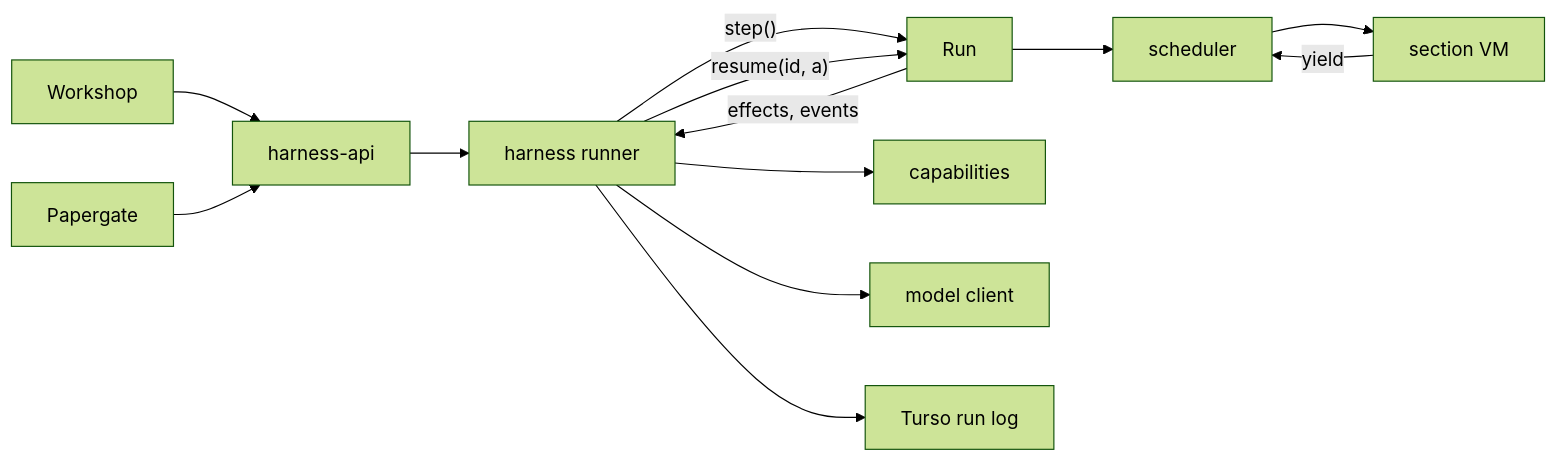
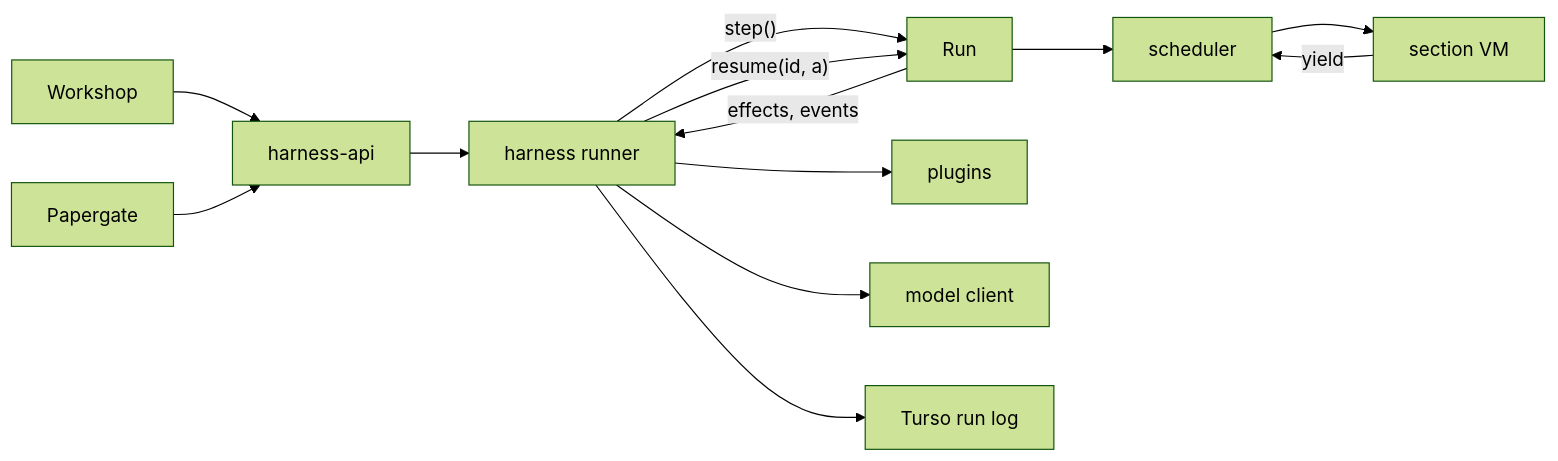
One commit to cppalliance/promptforge changed the diagram in vibe/2026-09/2026-09-18-4-sans-io-engine-harness.md. Above: the diagram before and after it, drawn with Mermaid (forest theme). The commit also changed other lines of this file and 42 other files, not shown here.

````diff
--- a/vibe/2026-09/2026-09-18-4-sans-io-engine-harness.md
+++ b/vibe/2026-09/2026-09-18-4-sans-io-engine-harness.md
@@ -145,15 +145,15 @@
 ```mermaid
 flowchart LR
     WS["Workshop"] --> HAPI["harness-api"]
     PG["Papergate"] --> HAPI
     HAPI --> Runner["harness runner"]
     Runner -->|"step()"| Engine["Run"]
     Engine -->|"effects, events"| Runner
     Runner -->|"resume(id, a)"| Engine
-    Runner --> Caps["capabilities"]
+    Runner --> Caps["plugins"]
     Runner --> Models["model client"]
     Runner --> Log["Turso run log"]
     Engine --> Sched["scheduler"]
     Sched --> VM["section VM"]
     VM -->|yield| Sched
 ```
````
